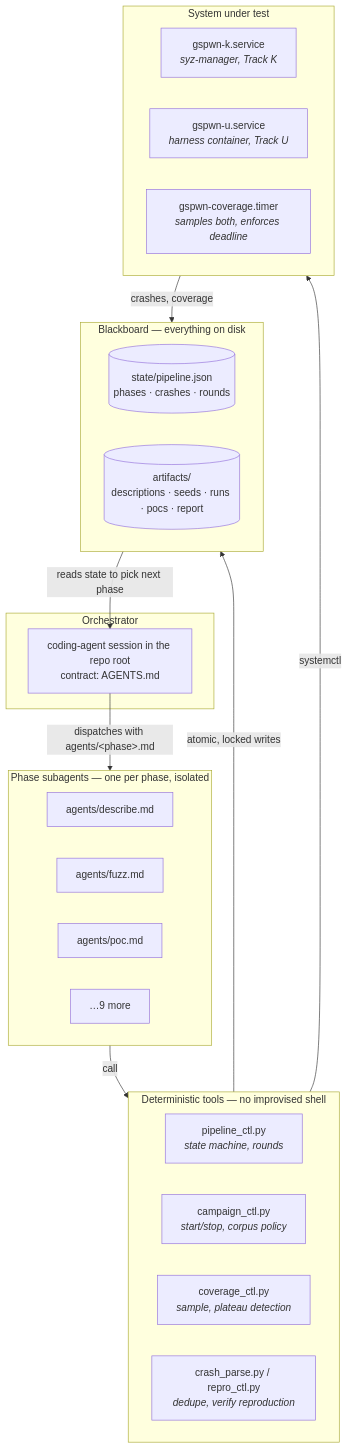
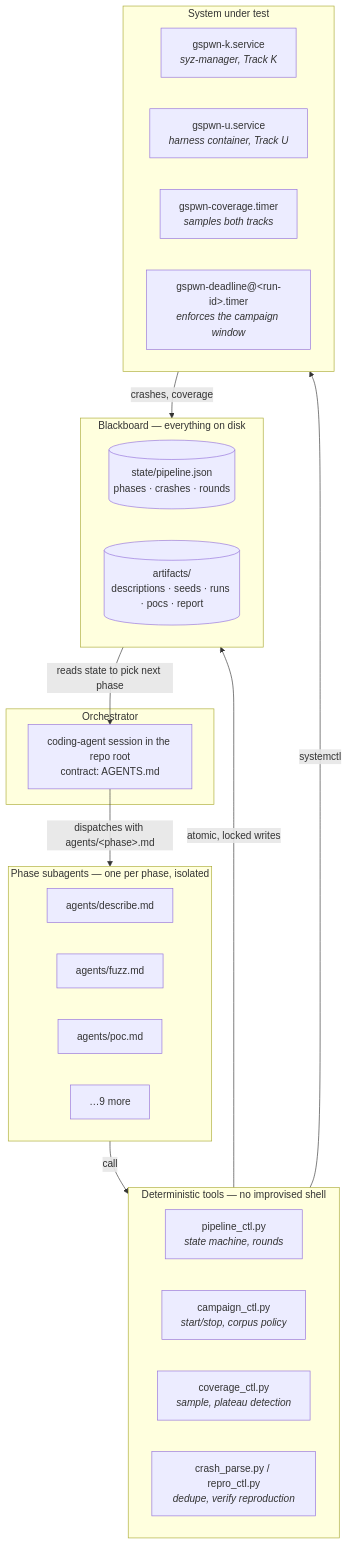
The third of 5 diagrams in README.md (Indspl0it/gspwn), drawn with Mermaid before and after one commit. The commit also changed other lines of this file and 33 other files, not shown here.

````diff
--- a/README.md
+++ b/README.md
@@ -187,38 +187,39 @@
 ```mermaid
 flowchart TD
     subgraph L1["Orchestrator"]
         O["coding-agent session in the repo root<br/>contract: AGENTS.md"]
     end
 
     subgraph L2["Phase subagents — one per phase, isolated"]
         A1["agents/describe.md"]
         A2["agents/fuzz.md"]
         A3["agents/poc.md"]
         A4["…9 more"]
     end
 
     subgraph L3["Deterministic tools — no improvised shell"]
         T1["pipeline_ctl.py<br/><i>state machine, rounds</i>"]
         T2["campaign_ctl.py<br/><i>start/stop, corpus policy</i>"]
         T3["coverage_ctl.py<br/><i>sample, plateau detection</i>"]
         T4["crash_parse.py / repro_ctl.py<br/><i>dedupe, verify reproduction</i>"]
     end
 
     subgraph L4["Blackboard — everything on disk"]
         S1[("state/pipeline.json<br/>phases · crashes · rounds")]
         S2[("artifacts/<br/>descriptions · seeds · runs · pocs · report")]
     end
 
     subgraph L5["System under test"]
         F1["gspwn-k.service<br/><i>syz-manager, Track K</i>"]
         F2["gspwn-u.service<br/><i>harness container, Track U</i>"]
-        F3["gspwn-coverage.timer<br/><i>samples both, enforces deadline</i>"]
+        F3["gspwn-coverage.timer<br/><i>samples both tracks</i>"]
+        F4["gspwn-deadline@&lt;run-id&gt;.timer<br/><i>enforces the campaign window</i>"]
     end
 
     O -->|"dispatches with agents/&lt;phase&gt;.md"| L2
     L2 -->|"call"| L3
     L3 -->|"atomic, locked writes"| L4
     L3 -->|"systemctl"| L5
     L5 -->|"crashes, coverage"| L4
     L4 -->|"reads state to pick next phase"| O
 ```
````
